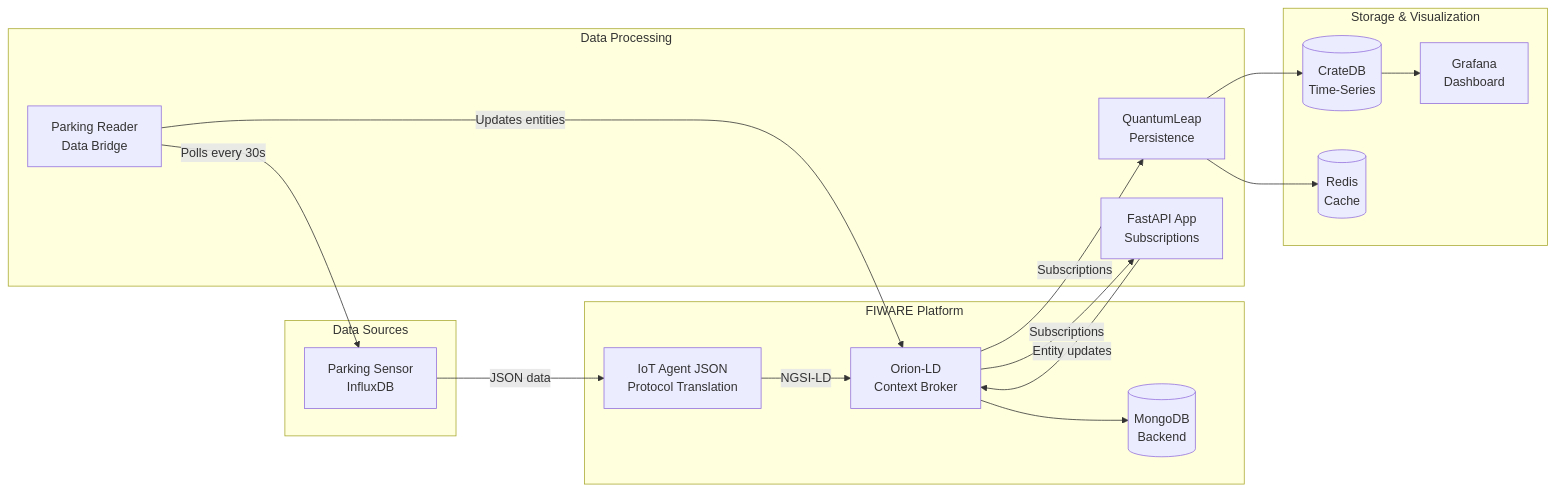
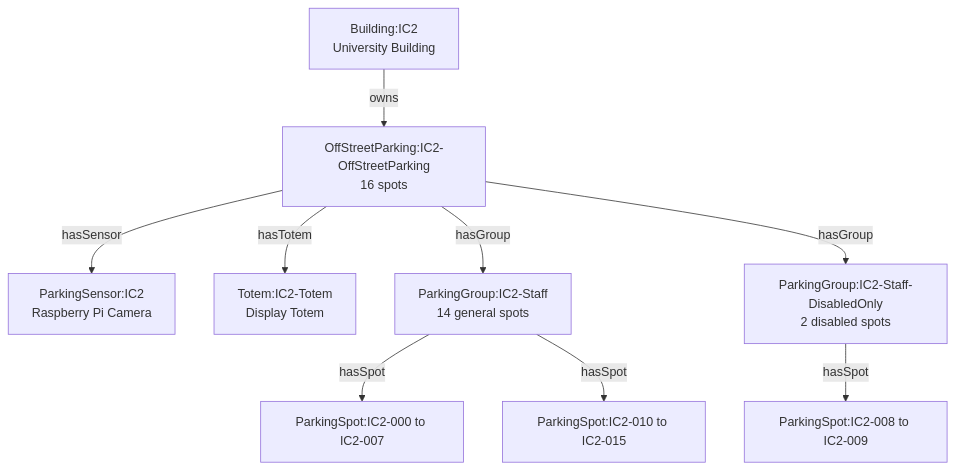
One commit to alvaro-martin/IC-DT-Smart-Parking-Architecture changed the first of 3 diagrams in IC2-digital-twin/README.md. Above: the diagram before and after it, drawn with Mermaid. The commit also changed other lines of this file and 20 other files, not shown here.

````diff
--- a/IC2-digital-twin/README.md
+++ b/IC2-digital-twin/README.md
@@ -13,36 +77,21 @@
 ```mermaid
-flowchart LR
-    subgraph Data Sources
-        Sensor[Parking Sensor<br/>InfluxDB]
-    end
+graph TD
+    Building[Building:IC2<br/>University Building]
+    Parking[OffStreetParking:IC2-OffStreetParking<br/>16 spots]
+    Sensor[ParkingSensor:IC2<br/>Raspberry Pi Camera]
+    Totem[Totem:IC2-Totem<br/>Display Totem]
+    StaffGroup[ParkingGroup:IC2-Staff<br/>14 general spots]
+    DisabledGroup[ParkingGroup:IC2-Staff-DisabledOnly<br/>2 disabled spots]
+    Spots00_07[ParkingSpot:IC2-000 to IC2-007]
+    Spots10_15[ParkingSpot:IC2-010 to IC2-015]
+    Spots08_09[ParkingSpot:IC2-008 to IC2-009]
 
-    subgraph FIWARE Platform
-        IoTAgent[IoT Agent JSON<br/>Protocol Translation]
-        Orion[Orion-LD<br/>Context Broker]
-        MongoDB[(MongoDB<br/>Backend)]
-    end
-
-    subgraph Data Processing
-        Reader[Parking Reader<br/>Data Bridge]
-        QL[QuantumLeap<br/>Persistence]
-        FastAPI[FastAPI App<br/>Subscriptions]
-    end
-
-    subgraph Storage & Visualization
-        CrateDB[(CrateDB<br/>Time-Series)]
-        Redis[(Redis<br/>Cache)]
-        Grafana[Grafana<br/>Dashboard]
-    end
-
-    Sensor -->|JSON data| IoTAgent
-    IoTAgent -->|NGSI-LD| Orion
-    Orion --> MongoDB
-    Reader -->|Polls every 30s| Sensor
-    Reader -->|Updates entities| Orion
-    Orion -->|Subscriptions| QL
-    Orion -->|Subscriptions| FastAPI
-    FastAPI -->|Entity updates| Orion
-    QL --> CrateDB
-    QL --> Redis
-    CrateDB --> Grafana
+    Building -->|owns| Parking
+    Parking -->|hasSensor| Sensor
+    Parking -->|hasTotem| Totem
+    Parking -->|hasGroup| StaffGroup
+    Parking -->|hasGroup| DisabledGroup
+    StaffGroup -->|hasSpot| Spots00_07
+    StaffGroup -->|hasSpot| Spots10_15
+    DisabledGroup -->|hasSpot| Spots08_09
 ```
````
